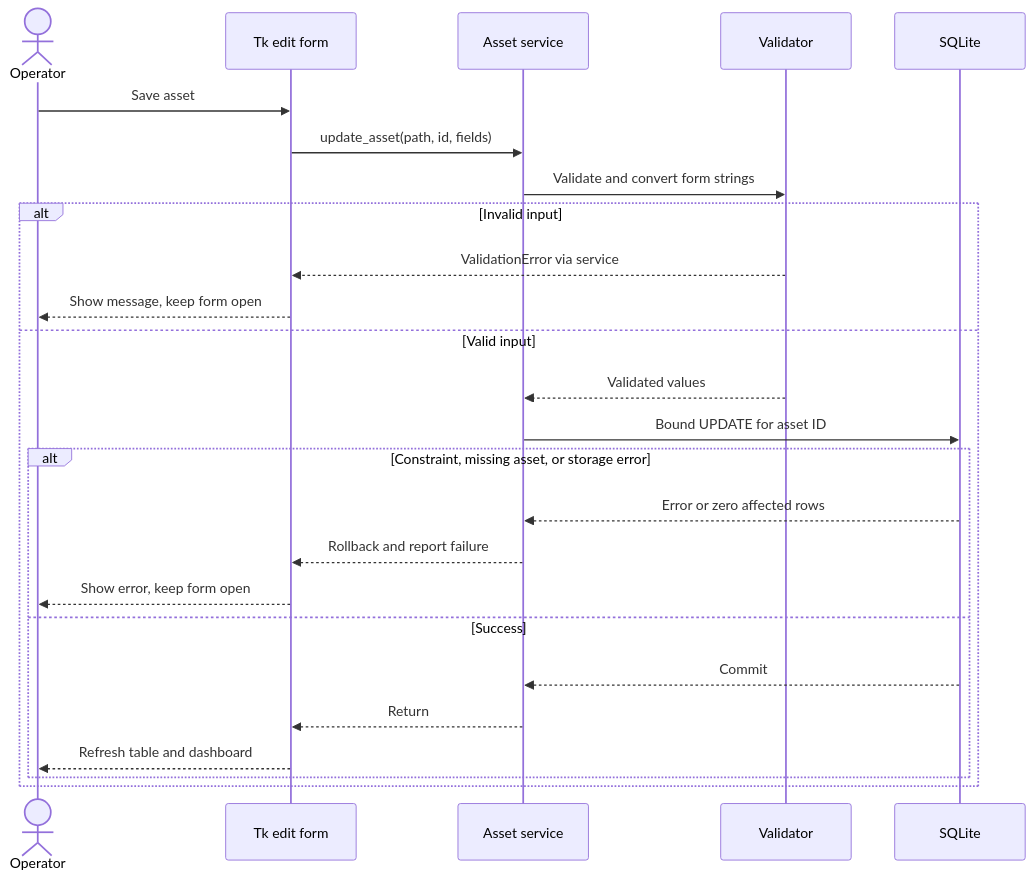
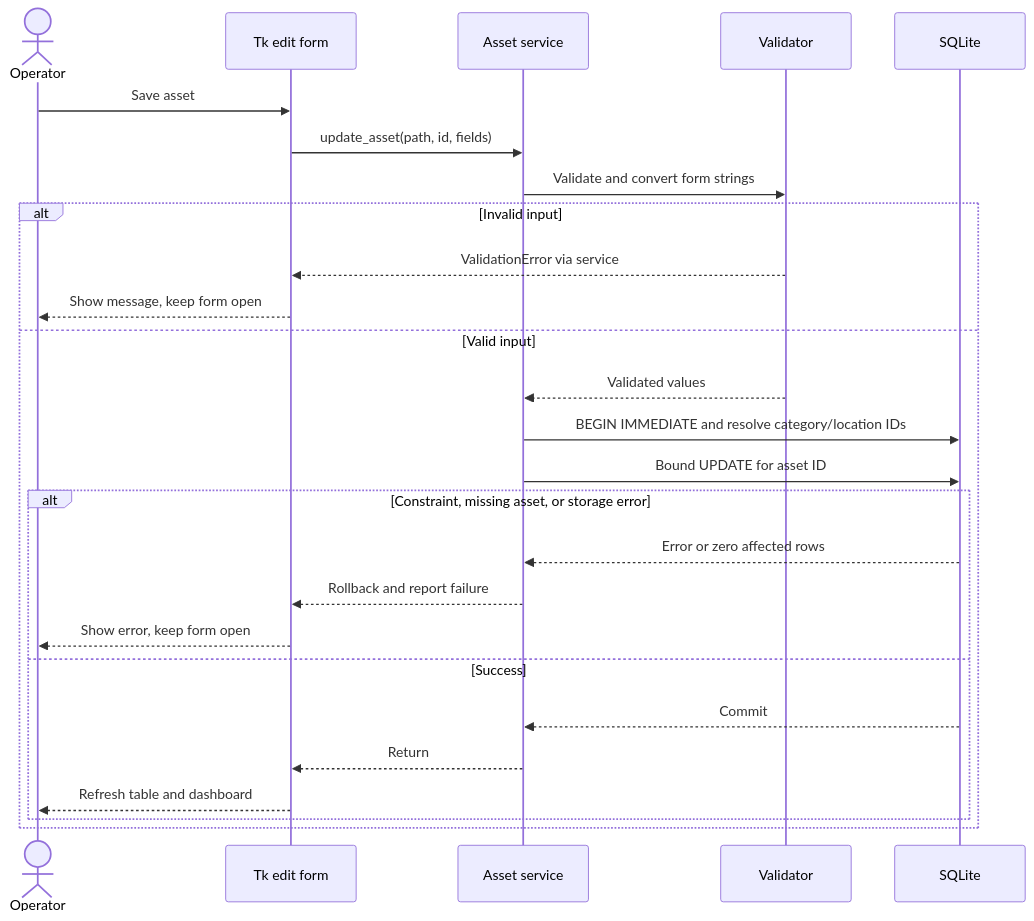
The sixth of 9 diagrams in docs/ARCHITECTURE.md (Hamed0055/CPIT251-Asset-Manager), drawn with Mermaid before and after one commit. The commit also changed other lines of this file and 29 other files, not shown here.

````diff
--- a/docs/ARCHITECTURE.md
+++ b/docs/ARCHITECTURE.md
@@ -112,27 +143,28 @@
 ```mermaid
 sequenceDiagram
     actor Operator
     participant Form as Tk edit form
     participant Service as Asset service
     participant Validate as Validator
     participant DB as SQLite
     Operator->>Form: Save asset
     Form->>Service: update_asset(path, id, fields)
     Service->>Validate: Validate and convert form strings
     alt Invalid input
         Validate-->>Form: ValidationError via service
         Form-->>Operator: Show message, keep form open
     else Valid input
         Validate-->>Service: Validated values
+        Service->>DB: BEGIN IMMEDIATE and resolve category/location IDs
         Service->>DB: Bound UPDATE for asset ID
         alt Constraint, missing asset, or storage error
             DB-->>Service: Error or zero affected rows
             Service-->>Form: Rollback and report failure
             Form-->>Operator: Show error, keep form open
         else Success
             DB-->>Service: Commit
             Service-->>Form: Return
             Form-->>Operator: Refresh table and dashboard
         end
     end
 ```
````
